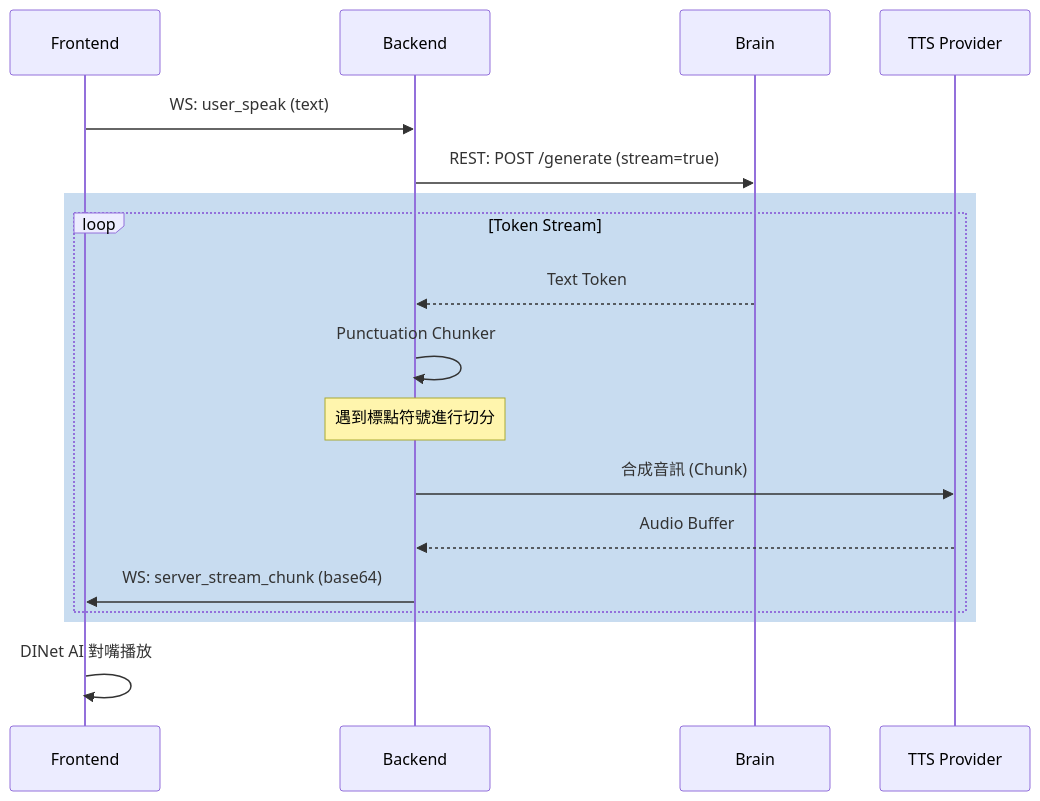
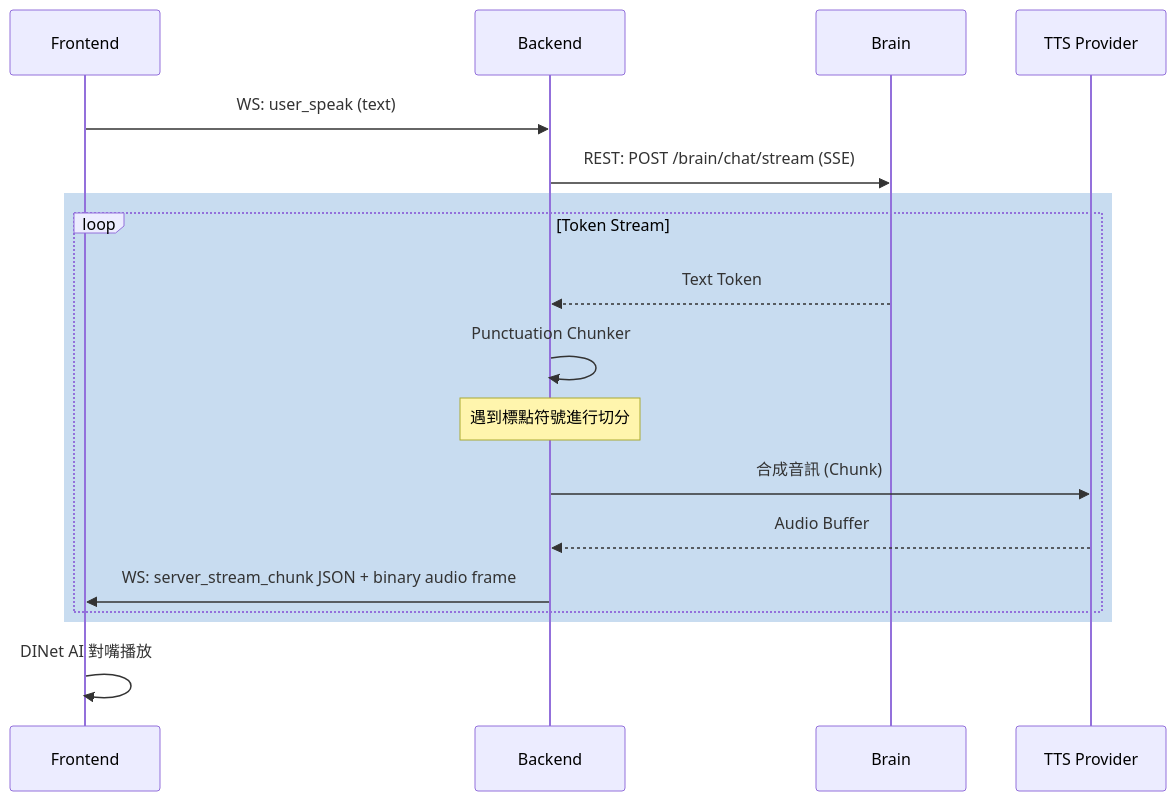
One commit to CreateIntelligens/openVman changed the first of 2 diagrams in docs/09_API_WS_LINKAGE.md. Above: the diagram before and after it, drawn with Mermaid. The commit also changed other lines of this file and 15 other files, not shown here.

Commit message:
docs: add live voice pipeline plans, assessment, and update architecture docs

````diff
--- a/docs/09_API_WS_LINKAGE.md
+++ b/docs/09_API_WS_LINKAGE.md
@@ -24,21 +24,21 @@
 ```mermaid
 sequenceDiagram
     participant F as Frontend
     participant B as Backend
     participant BR as Brain
     participant T as TTS Provider
 
     F->>B: WS: user_speak (text)
-    B->>BR: REST: POST /generate (stream=true)
+    B->>BR: REST: POST /brain/chat/stream (SSE)
     rect rgb(200, 220, 240)
         loop Token Stream
             BR-->>B: Text Token
             B->>B: Punctuation Chunker
             Note over B: 遇到標點符號進行切分
             B->>T: 合成音訊 (Chunk)
             T-->>B: Audio Buffer
-            B->>F: WS: server_stream_chunk (base64)
+            B->>F: WS: server_stream_chunk JSON + binary audio frame
         end
     end
     F->>F: DINet AI 對嘴播放
 ```
````
